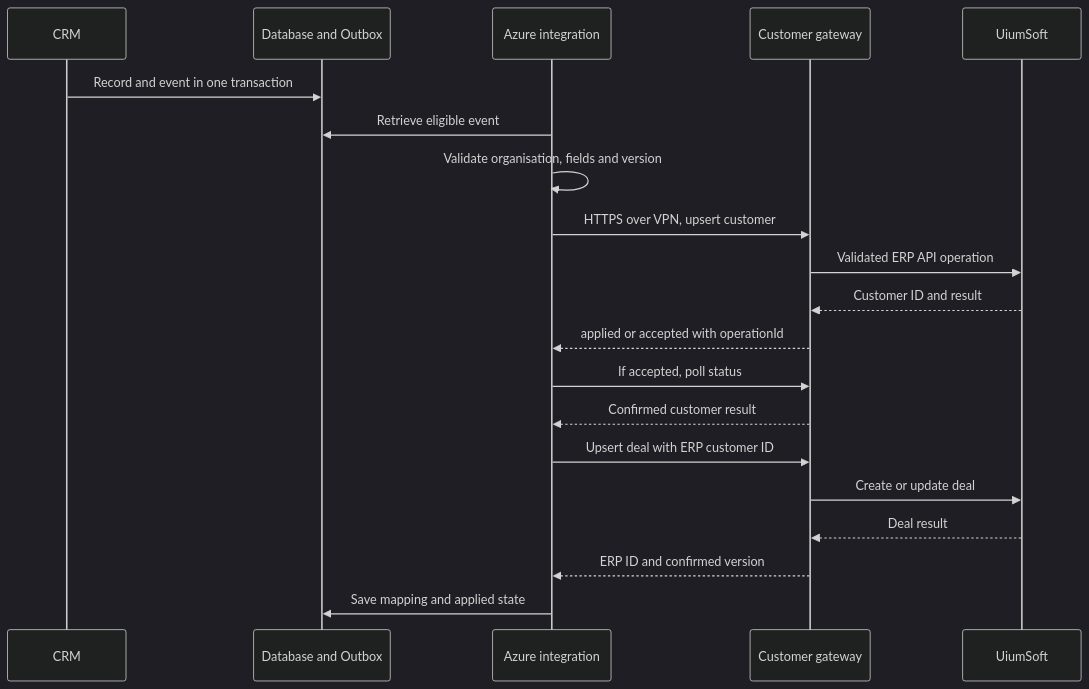
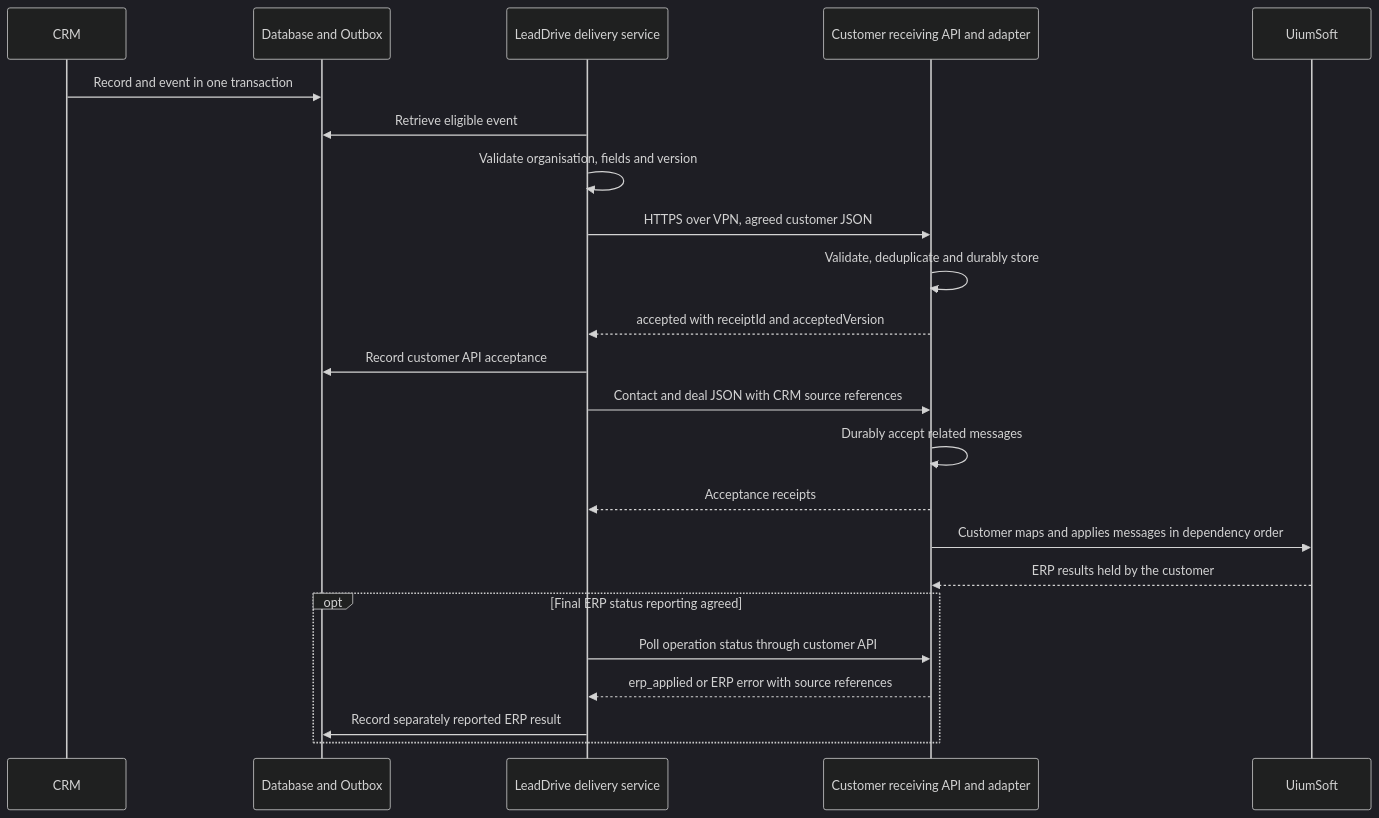
Before and after one commit to rashadoni/leaddrive-v2: the second of 2 diagrams in docs/uiumsoft-api-security-flow.en.md, drawn with Mermaid (dark theme). The commit also changed other lines of this file and 2 other files, not shown here.

Commit message:
docs: clarify customer API boundary and security logs in AZ and EN

````diff
--- a/docs/uiumsoft-api-security-flow.en.md
+++ b/docs/uiumsoft-api-security-flow.en.md
@@ -148,22 +150,25 @@
 ```mermaid
 sequenceDiagram
     participant C as CRM
     participant D as Database and Outbox
-    participant W as Azure integration
-    participant G as Customer gateway
+    participant W as LeadDrive delivery service
+    participant G as Customer receiving API and adapter
     participant E as UiumSoft
     C->>D: Record and event in one transaction
     W->>D: Retrieve eligible event
     W->>W: Validate organisation, fields and version
-    W->>G: HTTPS over VPN, upsert customer
-    G->>E: Validated ERP API operation
-    E-->>G: Customer ID and result
-    G-->>W: applied or accepted with operationId
-    W->>G: If accepted, poll status
-    G-->>W: Confirmed customer result
-    W->>G: Upsert deal with ERP customer ID
-    G->>E: Create or update deal
-    E-->>G: Deal result
-    G-->>W: ERP ID and confirmed version
-    W->>D: Save mapping and applied state
+    W->>G: HTTPS over VPN, agreed customer JSON
+    G->>G: Validate, deduplicate and durably store
+    G-->>W: accepted with receiptId and acceptedVersion
+    W->>D: Record customer API acceptance
+    W->>G: Contact and deal JSON with CRM source references
+    G->>G: Durably accept related messages
+    G-->>W: Acceptance receipts
+    G->>E: Customer maps and applies messages in dependency order
+    E-->>G: ERP results held by the customer
+    opt Final ERP status reporting agreed
+        W->>G: Poll operation status through customer API
+        G-->>W: erp_applied or ERP error with source references
+        W->>D: Record separately reported ERP result
+    end
 ```
````
